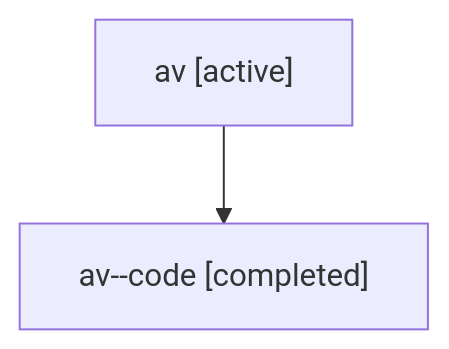
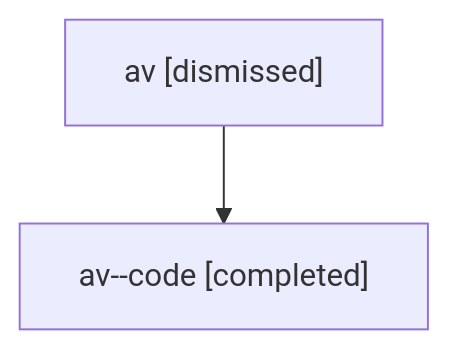
One commit to sase-org/sase--agents changed the diagram in sessions/bbugyi200.athena.av.md. Above: the diagram before and after it, drawn with Mermaid. The commit also changed other lines of this file and 124 other files, not shown here.

````diff
--- a/sessions/bbugyi200.athena.av.md
+++ b/sessions/bbugyi200.athena.av.md
@@ -9,6 +9,6 @@
 ```mermaid
 flowchart TD
-  n0["av [active]"]
+  n0["av [dismissed]"]
   n1["av--code [completed]"]
   n0 --> n1
 ```
````
